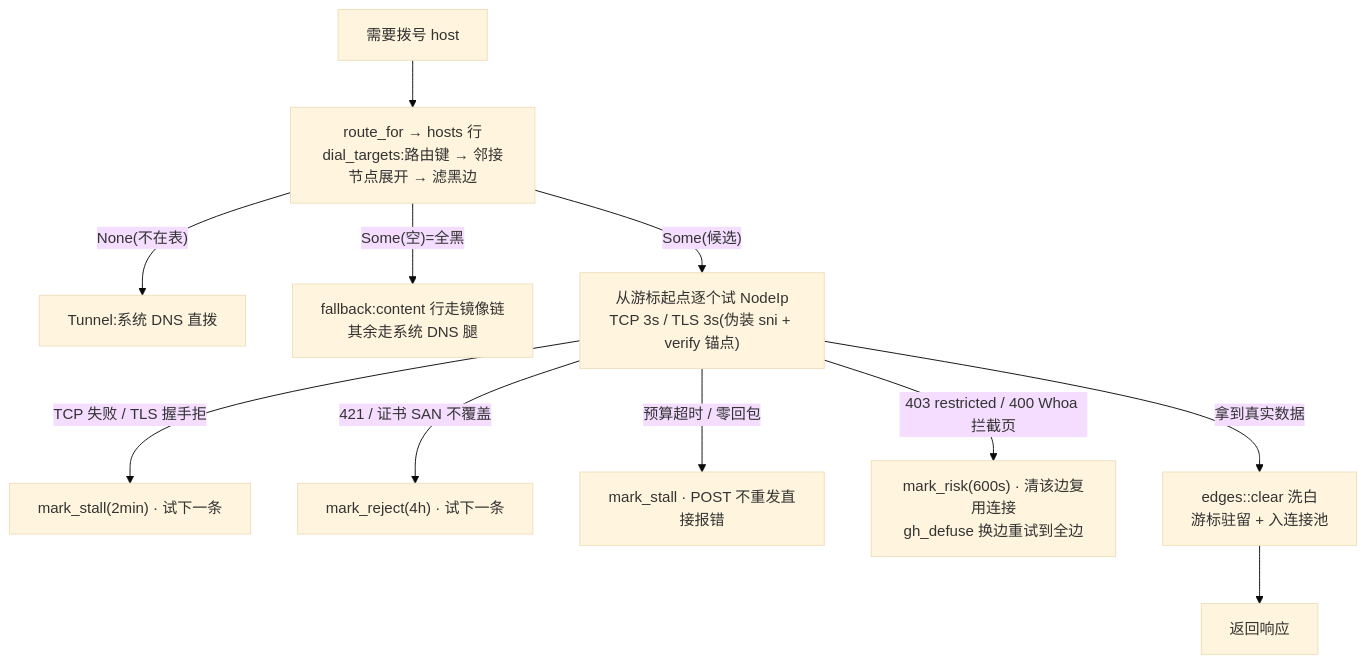
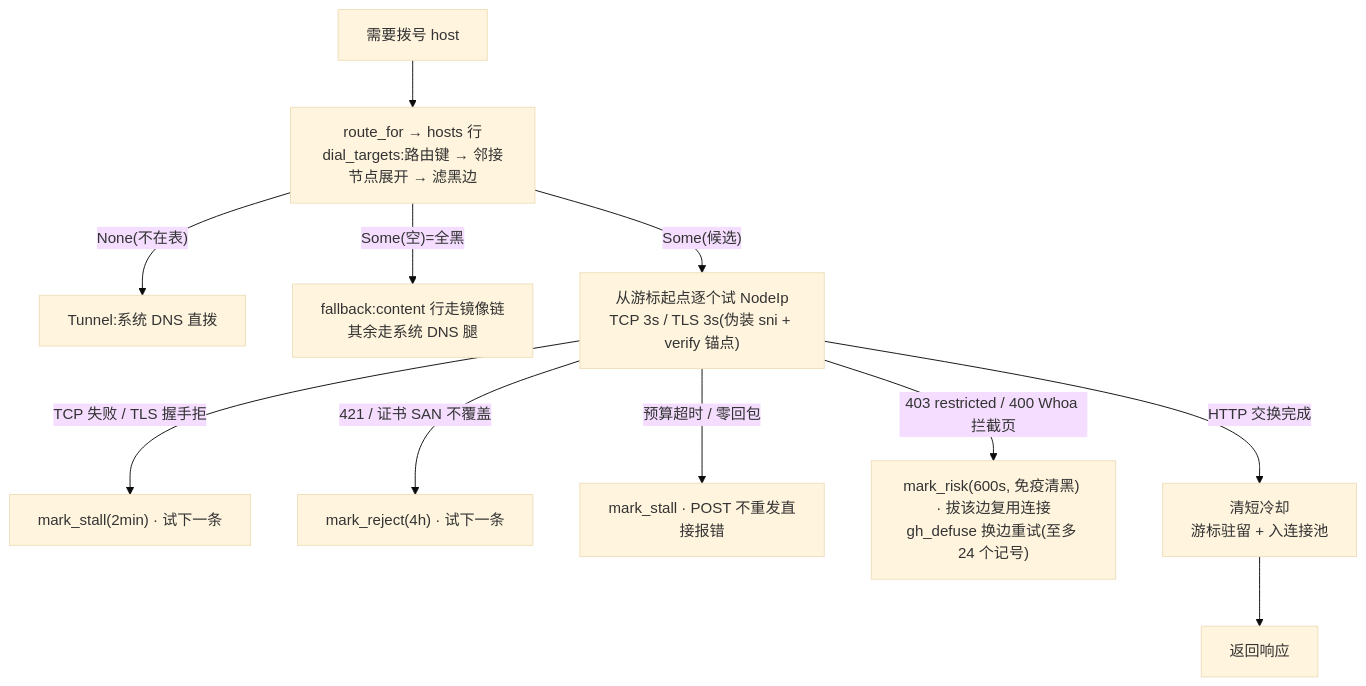
One commit to zhidian-cmd/gitport-github changed the second of 2 diagrams in docs/ARCHITECTURE.md. Above: the diagram before and after it, drawn with Mermaid (base theme). The commit also changed other lines of this file and 4 other files, not shown here.

````diff
--- a/docs/ARCHITECTURE.md
+++ b/docs/ARCHITECTURE.md
@@ -109,13 +109,13 @@
 ```mermaid
 flowchart TD
     S["需要拨号 host"] --> A["route_for → hosts 行<br/>dial_targets:路由键 → 邻接节点展开 → 滤黑边"]
     A -->|"None(不在表)"| TUN["Tunnel:系统 DNS 直拨"]
     A -->|"Some(空)=全黑"| FB["fallback:content 行走镜像链<br/>其余走系统 DNS 腿"]
     A -->|"Some(候选)"| X["从游标起点逐个试 NodeIp<br/>TCP 3s / TLS 3s(伪装 sni + verify 锚点)"]
     X -->|"TCP 失败 / TLS 握手拒"| Y["mark_stall(2min) · 试下一条"]
     X -->|"421 / 证书 SAN 不覆盖"| Z["mark_reject(4h) · 试下一条"]
     X -->|"预算超时 / 零回包"| AB["mark_stall · POST 不重发直接报错"]
-    X -->|"403 restricted / 400 Whoa 拦截页"| AE["mark_risk(600s) · 清该边复用连接<br/>gh_defuse 换边重试到全边"]
-    X -->|"拿到真实数据"| AC["edges::clear 洗白<br/>游标驻留 + 入连接池"]
+    X -->|"403 restricted / 400 Whoa 拦截页"| AE["mark_risk(600s, 免疫清黑) · 拔该边复用连接<br/>gh_defuse 换边重试(至多 24 个记号)"]
+    X -->|"HTTP 交换完成"| AC["清短冷却<br/>游标驻留 + 入连接池"]
     AC --> DONE["返回响应"]
 ```
````
